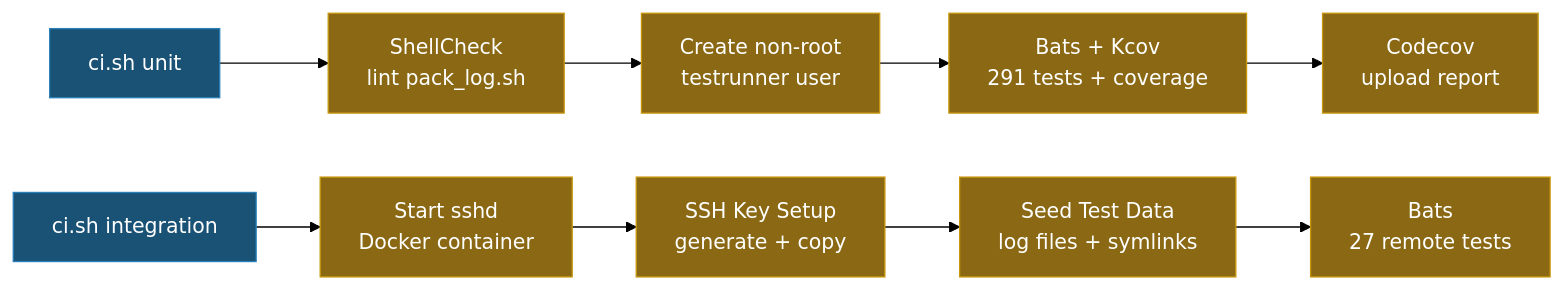
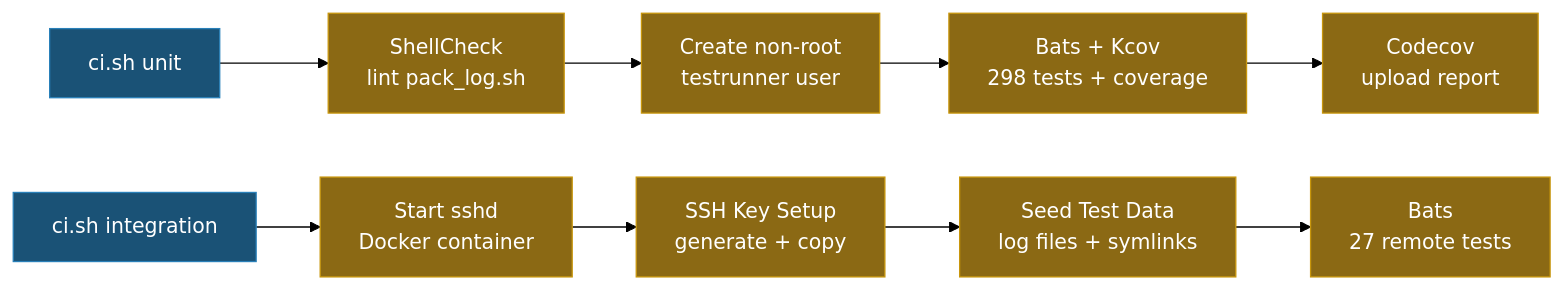
Before and after one commit to ycpss91255/pack_log: the diagram in TEST.md, drawn with Mermaid (forest theme). The commit also changed other lines of this file and 8 other files, not shown here.

````diff
--- a/TEST.md
+++ b/TEST.md
@@ -86,15 +86,15 @@
 ```mermaid
 graph LR
     S["ci.sh unit"]:::entry --> SC["ShellCheck\nlint pack_log.sh"]:::step
     SC --> USER["Create non-root\ntestrunner user"]:::step
-    USER --> BT["Bats + Kcov\n291 tests + coverage"]:::step
+    USER --> BT["Bats + Kcov\n298 tests + coverage"]:::step
     BT --> CC["Codecov\nupload report"]:::step
 
     S2["ci.sh integration"]:::entry --> SSHD["Start sshd\nDocker container"]:::step
     SSHD --> KEY["SSH Key Setup\ngenerate + copy"]:::step
     KEY --> DATA["Seed Test Data\nlog files + symlinks"]:::step
     DATA --> IT["Bats\n27 remote tests"]:::step
 
     classDef entry fill:#1a5276,color:#fff,stroke:#2980b9
     classDef step fill:#8B6914,color:#fff,stroke:#c8960c
 ```
````
